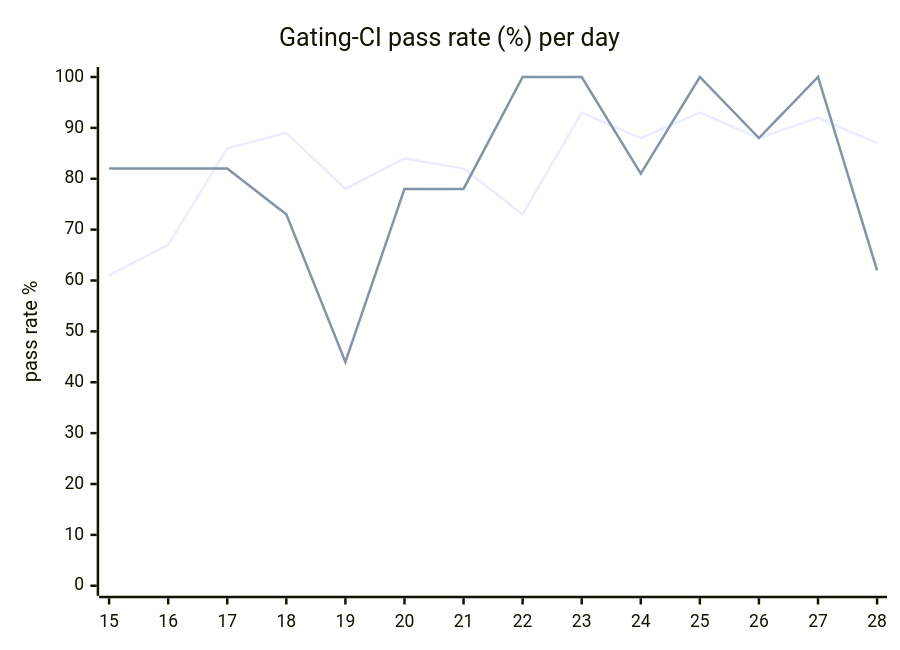
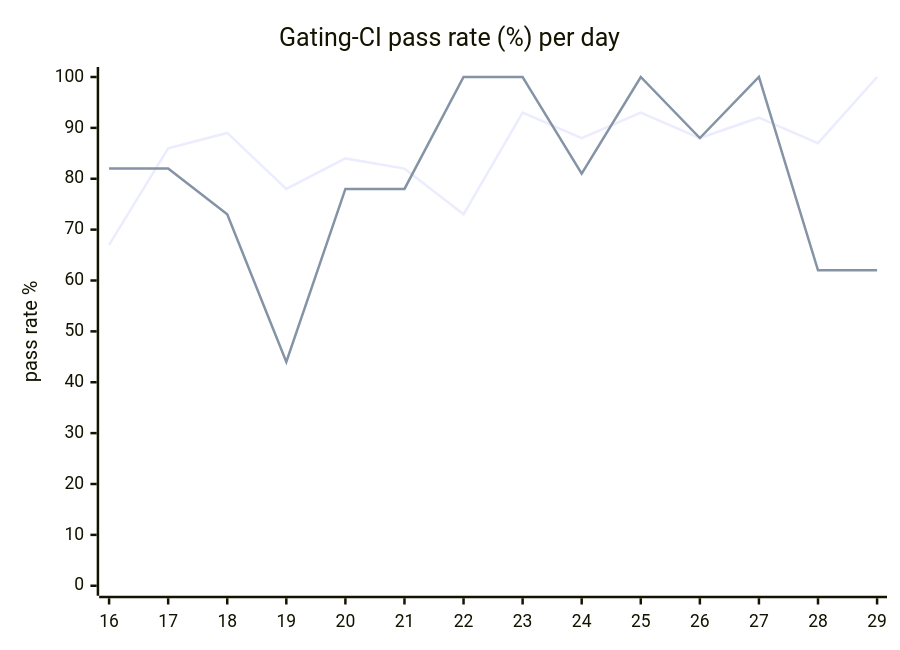
The diagram in hack/ci/ci-dashboard/staging/issue.md (hatchet-dev/hatchet), drawn with Mermaid before and after one commit. The commit also changed other lines of this file, not shown here.

````diff
--- a/hack/ci/ci-dashboard/staging/issue.md
+++ b/hack/ci/ci-dashboard/staging/issue.md
@@ -9,8 +9,8 @@
 ```mermaid
 xychart-beta
   title "Gating-CI pass rate (%) per day"
-  x-axis [15, 16, 17, 18, 19, 20, 21, 22, 23, 24, 25, 26, 27, 28]
+  x-axis [16, 17, 18, 19, 20, 21, 22, 23, 24, 25, 26, 27, 28, 29]
   y-axis "pass rate %" 0 --> 100
-  line "CI" [61, 67, 86, 89, 78, 84, 82, 73, 93, 88, 93, 88, 92, 87]
-  line "main" [82, 82, 82, 73, 44, 78, 78, 100, 100, 81, 100, 88, 100, 62]
+  line "CI" [67, 86, 89, 78, 84, 82, 73, 93, 88, 93, 88, 92, 87, 100]
+  line "main" [82, 82, 73, 44, 78, 78, 100, 100, 81, 100, 88, 100, 62, 62]
 ```
````
